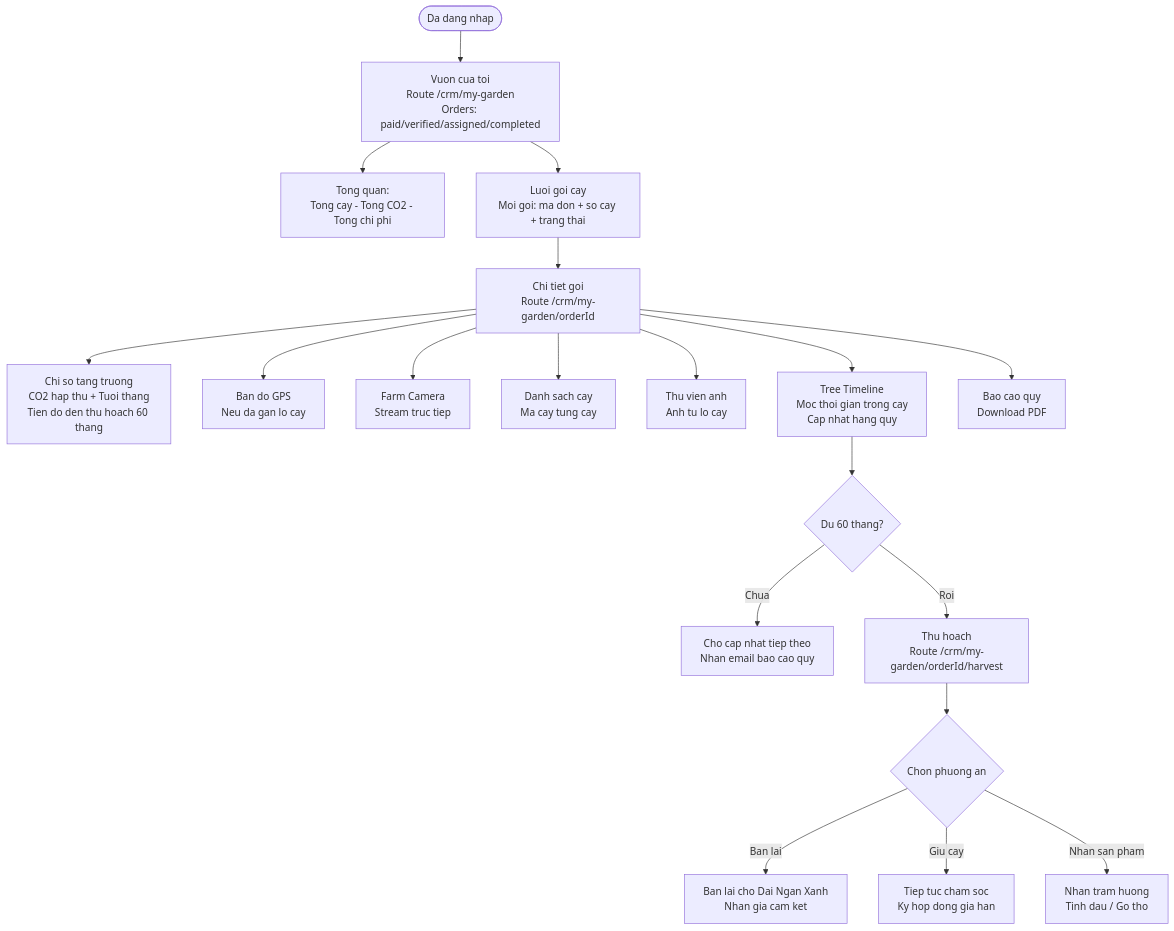
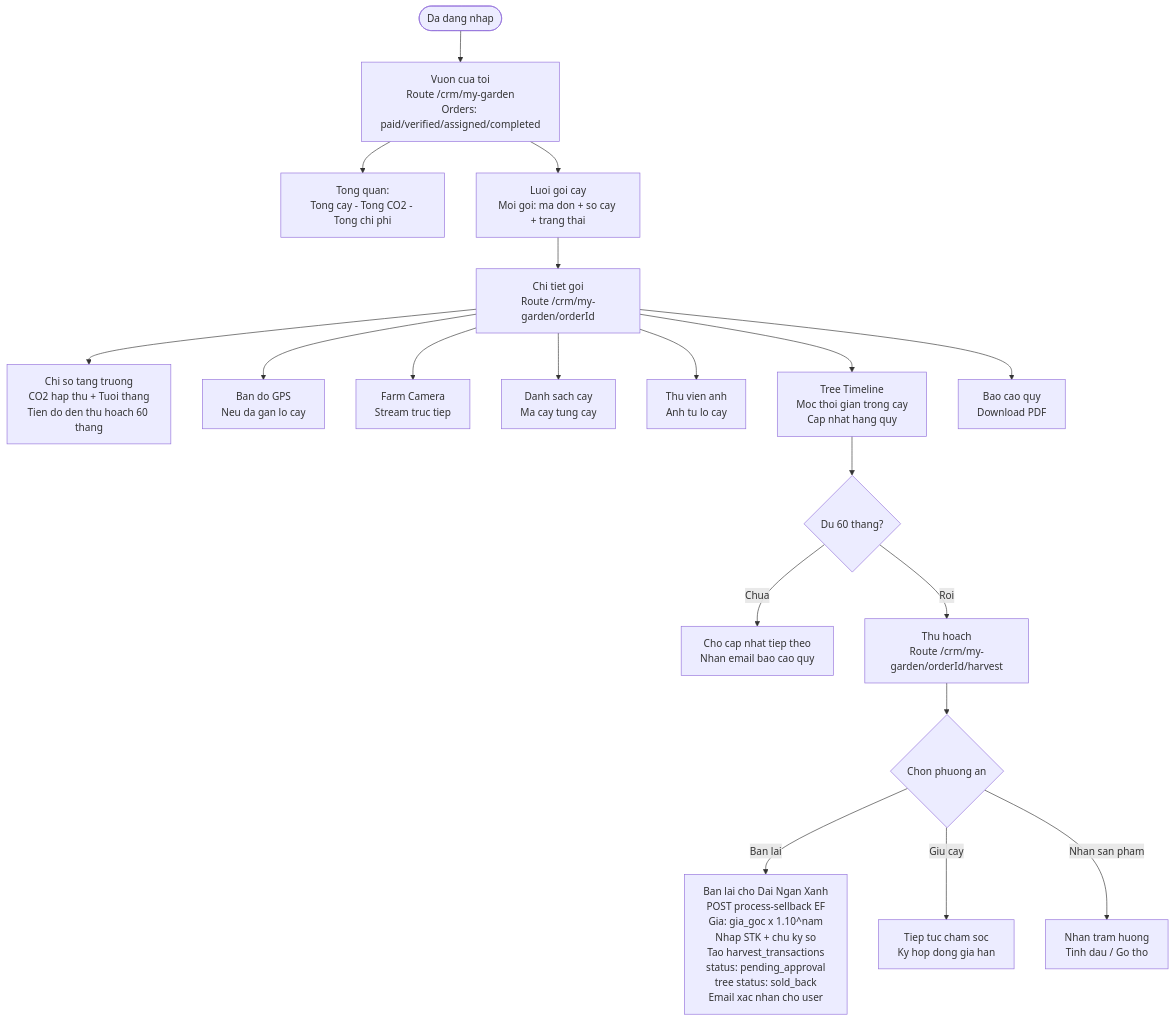
One commit to deptrai/dainganxanh changed the fifth of 10 diagrams in docs/userflow.md. Above: the diagram before and after it, drawn with Mermaid. The commit also changed other lines of this file and 137 other files, not shown here.

````diff
--- a/docs/userflow.md
+++ b/docs/userflow.md
@@ -180,26 +183,26 @@
 ```mermaid
 flowchart TD
     Login([Da dang nhap]) --> Garden[Vuon cua toi<br>Route /crm/my-garden<br>Orders: paid/verified/assigned/completed]
 
     Garden --> Summary[Tong quan:<br>Tong cay - Tong CO2 - Tong chi phi]
     Garden --> PackageGrid[Luoi goi cay<br>Moi goi: ma don + so cay + trang thai]
 
     PackageGrid --> PackageDetail[Chi tiet goi<br>Route /crm/my-garden/orderId]
 
     PackageDetail --> GrowthMetrics[Chi so tang truong<br>CO2 hap thu + Tuoi thang<br>Tien do den thu hoach 60 thang]
     PackageDetail --> MapSection[Ban do GPS<br>Neu da gan lo cay]
     PackageDetail --> CameraSection[Farm Camera<br>Stream truc tiep]
     PackageDetail --> TreeList[Danh sach cay<br>Ma cay tung cay]
     PackageDetail --> PhotoGallery[Thu vien anh<br>Anh tu lo cay]
     PackageDetail --> Timeline[Tree Timeline<br>Moc thoi gian trong cay<br>Cap nhat hang quy]
     PackageDetail --> Reports[Bao cao quy<br>Download PDF]
 
     Timeline --> MonthCheck{Du 60 thang?}
     MonthCheck -->|Chua| Wait[Cho cap nhat tiep theo<br>Nhan email bao cao quy]
     MonthCheck -->|Roi| Harvest[Thu hoach<br>Route /crm/my-garden/orderId/harvest]
 
     Harvest --> HarvestChoice{Chon phuong an}
-    HarvestChoice -->|Ban lai| SellBack[Ban lai cho Dai Ngan Xanh<br>Nhan gia cam ket]
+    HarvestChoice -->|Ban lai| SellBack[Ban lai cho Dai Ngan Xanh<br>POST process-sellback EF<br>Gia: gia_goc x 1.10^nam<br>Nhap STK + chu ky so<br>Tao harvest_transactions<br>status: pending_approval<br>tree status: sold_back<br>Email xac nhan cho user]
     HarvestChoice -->|Giu cay| KeepGrow[Tiep tuc cham soc<br>Ky hop dong gia han]
     HarvestChoice -->|Nhan san pham| GetProduct[Nhan tram huong<br>Tinh dau / Go tho]
 ```
````
